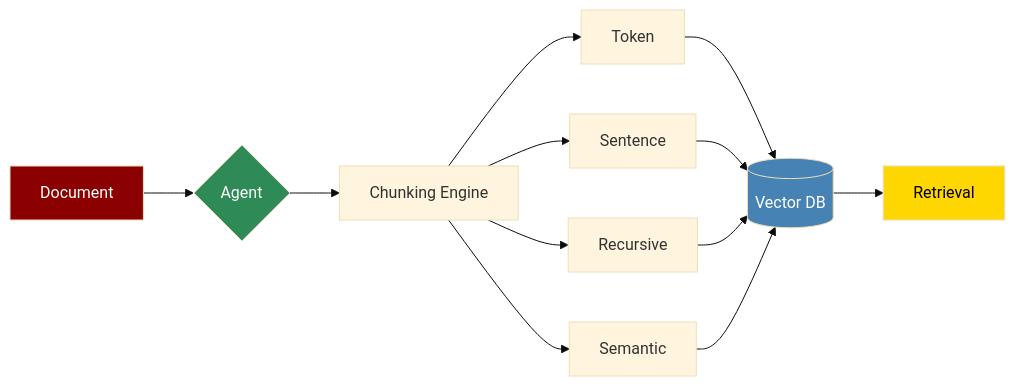
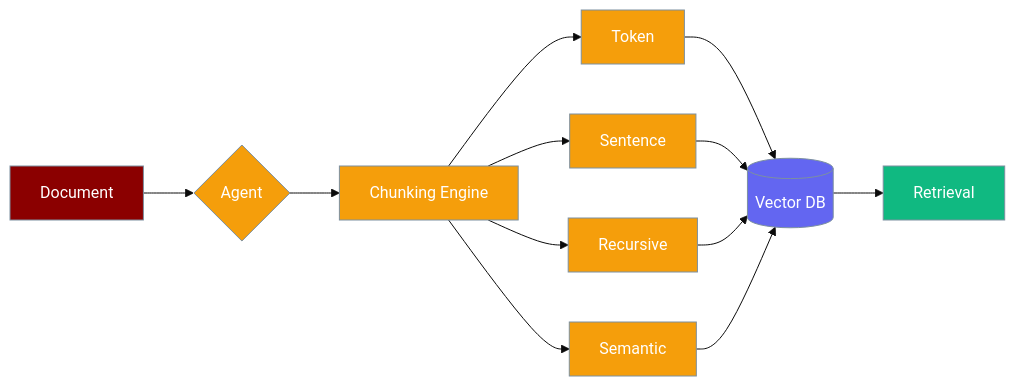
Before and after one commit to MervinPraison/PraisonAIDocs: the first of 2 diagrams in docs/features/chunking-strategies.mdx, drawn with Mermaid (base theme). The commit also changed other lines of this file and 10 other files, not shown here.

First line of the commit message:
fix: align Mermaid classDef stroke and palette in batch-1 features

````diff
--- a/docs/features/chunking-strategies.mdx
+++ b/docs/features/chunking-strategies.mdx
@@ -8,28 +8,27 @@
 ```mermaid
 flowchart LR
     Document[Document] --> Agent{Agent}
     Agent --> Chunker[Chunking Engine]
     Chunker --> Token[Token]
     Chunker --> Sentence[Sentence]
     Chunker --> Recursive[Recursive]
     Chunker --> Semantic[Semantic]
     
     Token --> VectorDB[(Vector DB)]
     Sentence --> VectorDB
     Recursive --> VectorDB
     Semantic --> VectorDB
     
     VectorDB --> Retrieval[Retrieval]
 
-    style Document fill:#8B0000,color:#fff
-    style Agent fill:#2E8B57,color:#fff
-    style VectorDB fill:#4682B4,color:#fff
-    style Retrieval fill:#FFD700,color:#000
     classDef agent fill:#8B0000,stroke:#7C90A0,color:#fff
-    classDef tool fill:#189AB4,stroke:#7C90A0,color:#fff
-    classDef success fill:#10B981,stroke:#7C90A0,color:#fff
-    class A agent
-    class B,C tool
-    class D success
+    classDef chunker fill:#F59E0B,stroke:#7C90A0,color:#fff
+    classDef store fill:#6366F1,stroke:#7C90A0,color:#fff
+    classDef result fill:#10B981,stroke:#7C90A0,color:#fff
+    class Document agent
+    class Agent,Chunker chunker
+    class Token,Sentence,Recursive,Semantic chunker
+    class VectorDB store
+    class Retrieval result
 
 ```
````
